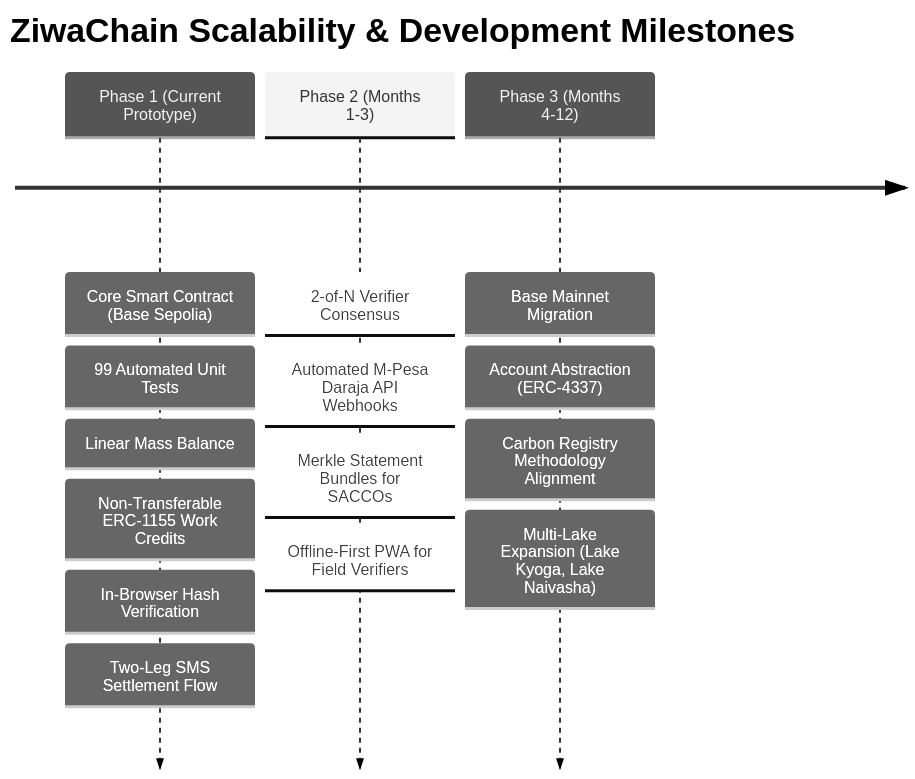
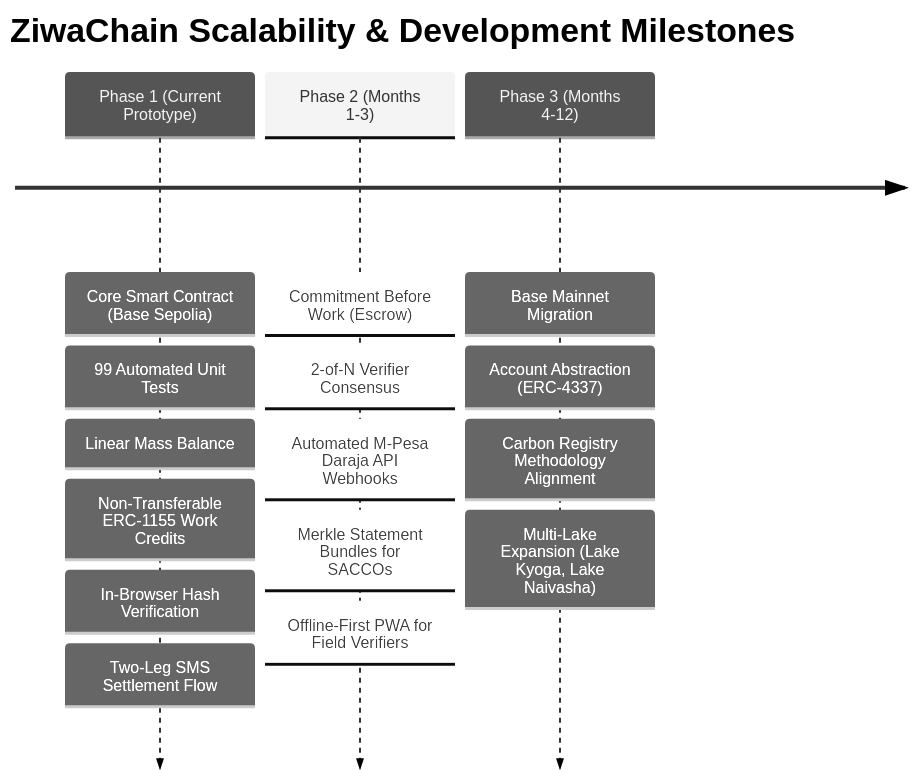
Before and after one commit to Gathoni-K/ziwaChain: the diagram in docs/adoptionAndScalability.md, drawn with Mermaid (neutral theme). The commit also changed other lines of this file and 9 other files, not shown here.

Commit message:
updated judge facing documents with field work notes

````diff
--- a/docs/adoptionAndScalability.md
+++ b/docs/adoptionAndScalability.md
@@ -82,7 +82,7 @@
 ```mermaid
 timeline
     title ZiwaChain Scalability & Development Milestones
     Phase 1 (Current Prototype) : Core Smart Contract (Base Sepolia) : 99 Automated Unit Tests : Linear Mass Balance : Non-Transferable ERC-1155 Work Credits : In-Browser Hash Verification : Two-Leg SMS Settlement Flow
-    Phase 2 (Months 1-3) : 2-of-N Verifier Consensus : Automated M-Pesa Daraja API Webhooks : Merkle Statement Bundles for SACCOs : Offline-First PWA for Field Verifiers
+    Phase 2 (Months 1-3) : Commitment Before Work (Escrow) : 2-of-N Verifier Consensus : Automated M-Pesa Daraja API Webhooks : Merkle Statement Bundles for SACCOs : Offline-First PWA for Field Verifiers
     Phase 3 (Months 4-12) : Base Mainnet Migration : Account Abstraction (ERC-4337) : Carbon Registry Methodology Alignment : Multi-Lake Expansion (Lake Kyoga, Lake Naivasha)
 ```
````
